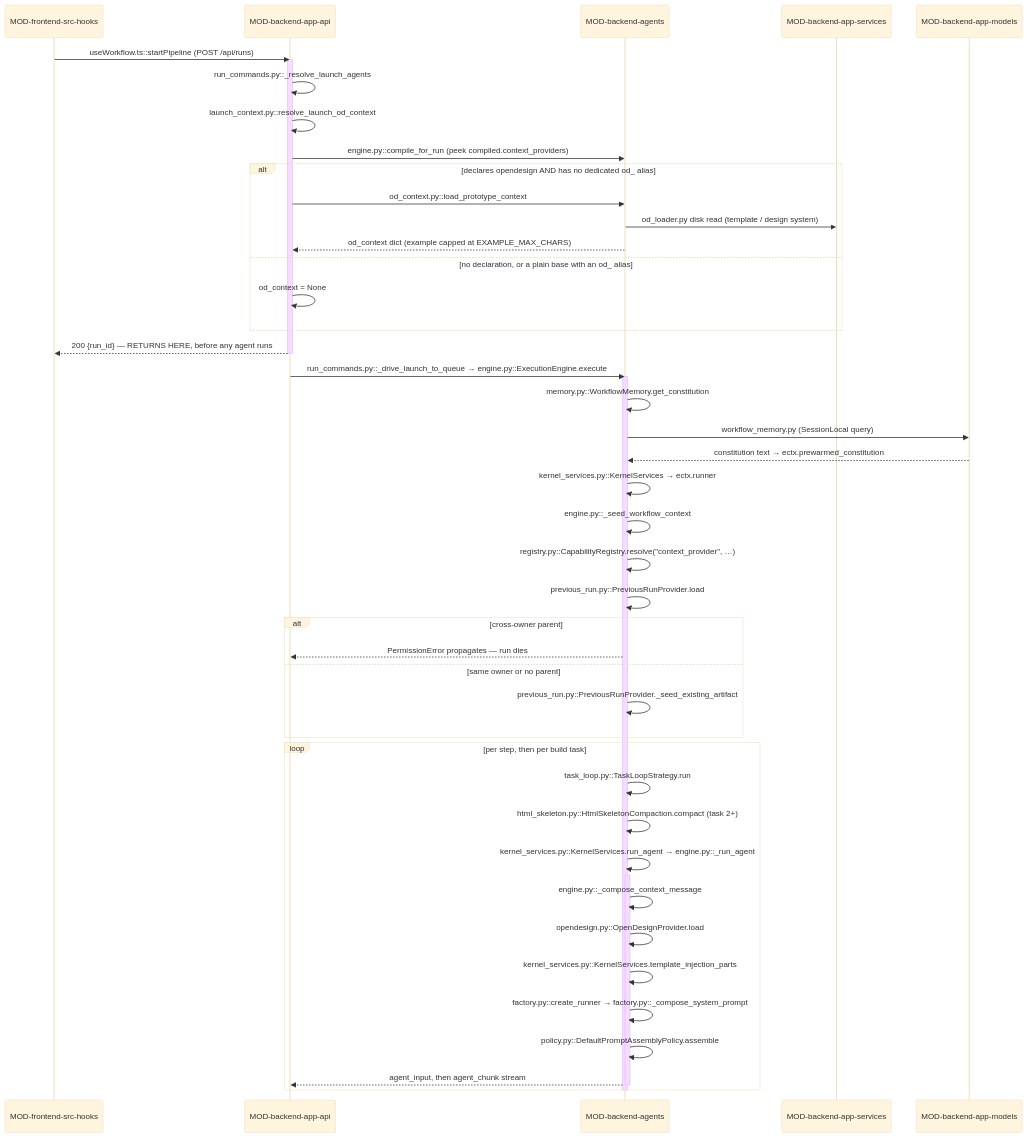
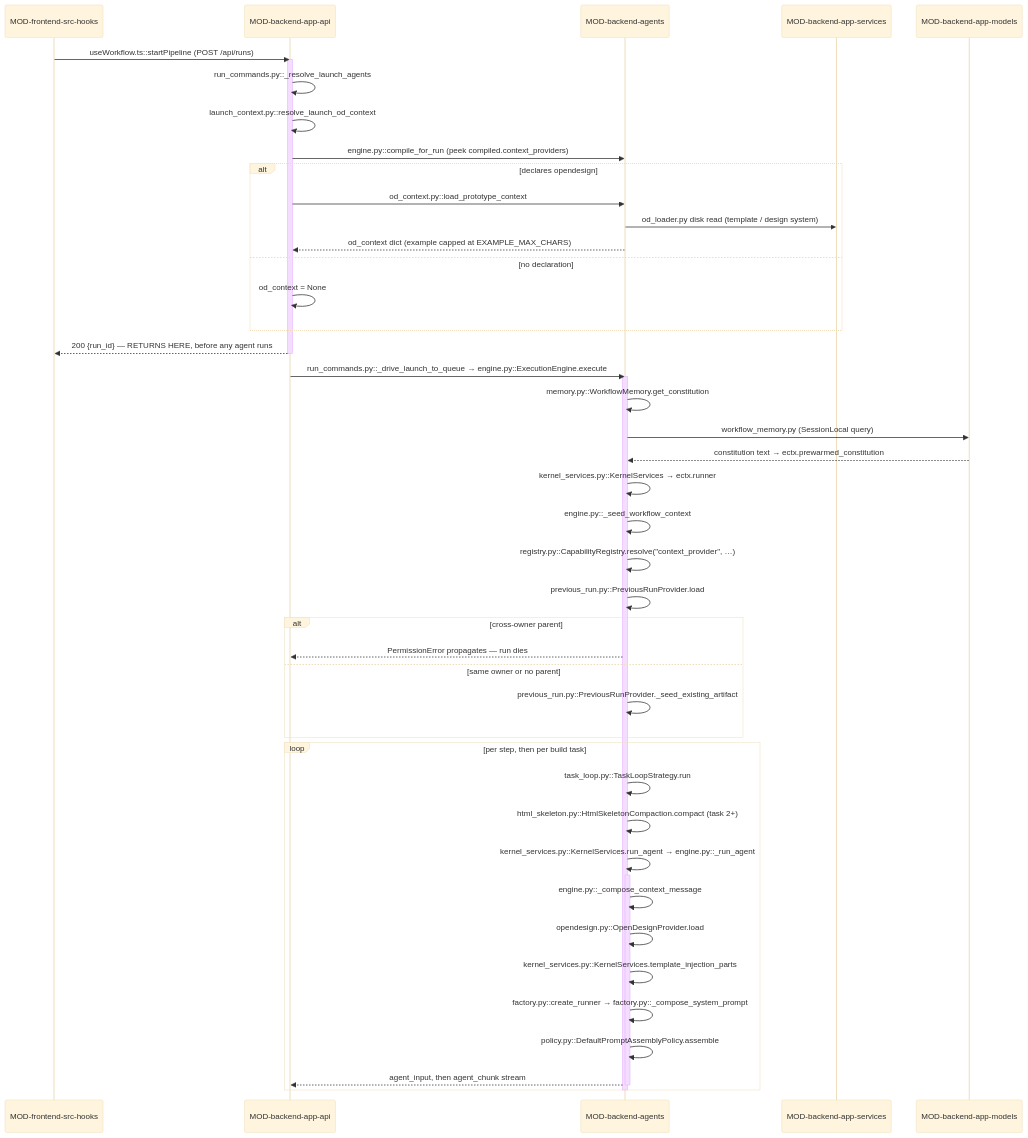
One commit to prateek-sinha7/IdeaFlowAI changed the second of 2 diagrams in .knowledge/architecture/DOMAIN-context-assembly.md. Above: the diagram before and after it, drawn with Mermaid (base theme). The commit also changed other lines of this file and 604 other files, not shown here.

````diff
--- a/.knowledge/architecture/DOMAIN-context-assembly.md
+++ b/.knowledge/architecture/DOMAIN-context-assembly.md
@@ -207,53 +193,53 @@
 ```mermaid
 sequenceDiagram
     participant MOD-frontend-src-hooks
     participant MOD-backend-app-api
     participant MOD-backend-agents
     participant MOD-backend-app-services
     participant MOD-backend-app-models
 
     MOD-frontend-src-hooks->>MOD-backend-app-api: useWorkflow.ts::startPipeline (POST /api/runs)
     activate MOD-backend-app-api
     MOD-backend-app-api->>MOD-backend-app-api: run_commands.py::_resolve_launch_agents
     MOD-backend-app-api->>MOD-backend-app-api: launch_context.py::resolve_launch_od_context
     MOD-backend-app-api->>MOD-backend-agents: engine.py::compile_for_run (peek compiled.context_providers)
-    alt declares opendesign AND has no dedicated od_ alias
+    alt declares opendesign
         MOD-backend-app-api->>MOD-backend-agents: od_context.py::load_prototype_context
         MOD-backend-agents->>MOD-backend-app-services: od_loader.py disk read (template / design system)
         MOD-backend-agents-->>MOD-backend-app-api: od_context dict (example capped at EXAMPLE_MAX_CHARS)
-    else no declaration, or a plain base with an od_ alias
+    else no declaration
         MOD-backend-app-api->>MOD-backend-app-api: od_context = None
     end
     MOD-backend-app-api-->>MOD-frontend-src-hooks: 200 {run_id} — RETURNS HERE, before any agent runs
     deactivate MOD-backend-app-api
 
     MOD-backend-app-api->>MOD-backend-agents: run_commands.py::_drive_launch_to_queue → engine.py::ExecutionEngine.execute
     activate MOD-backend-agents
     MOD-backend-agents->>MOD-backend-agents: memory.py::WorkflowMemory.get_constitution
     MOD-backend-agents->>MOD-backend-app-models: workflow_memory.py (SessionLocal query)
     MOD-backend-app-models-->>MOD-backend-agents: constitution text → ectx.prewarmed_constitution
     MOD-backend-agents->>MOD-backend-agents: kernel_services.py::KernelServices → ectx.runner
     MOD-backend-agents->>MOD-backend-agents: engine.py::_seed_workflow_context
     MOD-backend-agents->>MOD-backend-agents: registry.py::CapabilityRegistry.resolve("context_provider", …)
     MOD-backend-agents->>MOD-backend-agents: previous_run.py::PreviousRunProvider.load
     alt cross-owner parent
         MOD-backend-agents-->>MOD-backend-app-api: PermissionError propagates — run dies
     else same owner or no parent
         MOD-backend-agents->>MOD-backend-agents: previous_run.py::PreviousRunProvider._seed_existing_artifact
     end
 
     loop per step, then per build task
         MOD-backend-agents->>MOD-backend-agents: task_loop.py::TaskLoopStrategy.run
         MOD-backend-agents->>MOD-backend-agents: html_skeleton.py::HtmlSkeletonCompaction.compact (task 2+)
         MOD-backend-agents->>MOD-backend-agents: kernel_services.py::KernelServices.run_agent → engine.py::_run_agent
         activate MOD-backend-agents
         MOD-backend-agents->>MOD-backend-agents: engine.py::_compose_context_message
         MOD-backend-agents->>MOD-backend-agents: opendesign.py::OpenDesignProvider.load
         MOD-backend-agents->>MOD-backend-agents: kernel_services.py::KernelServices.template_injection_parts
         MOD-backend-agents->>MOD-backend-agents: factory.py::create_runner → factory.py::_compose_system_prompt
         MOD-backend-agents->>MOD-backend-agents: policy.py::DefaultPromptAssemblyPolicy.assemble
         MOD-backend-agents-->>MOD-backend-app-api: agent_input, then agent_chunk stream
         deactivate MOD-backend-agents
     end
     deactivate MOD-backend-agents
 ```
````
